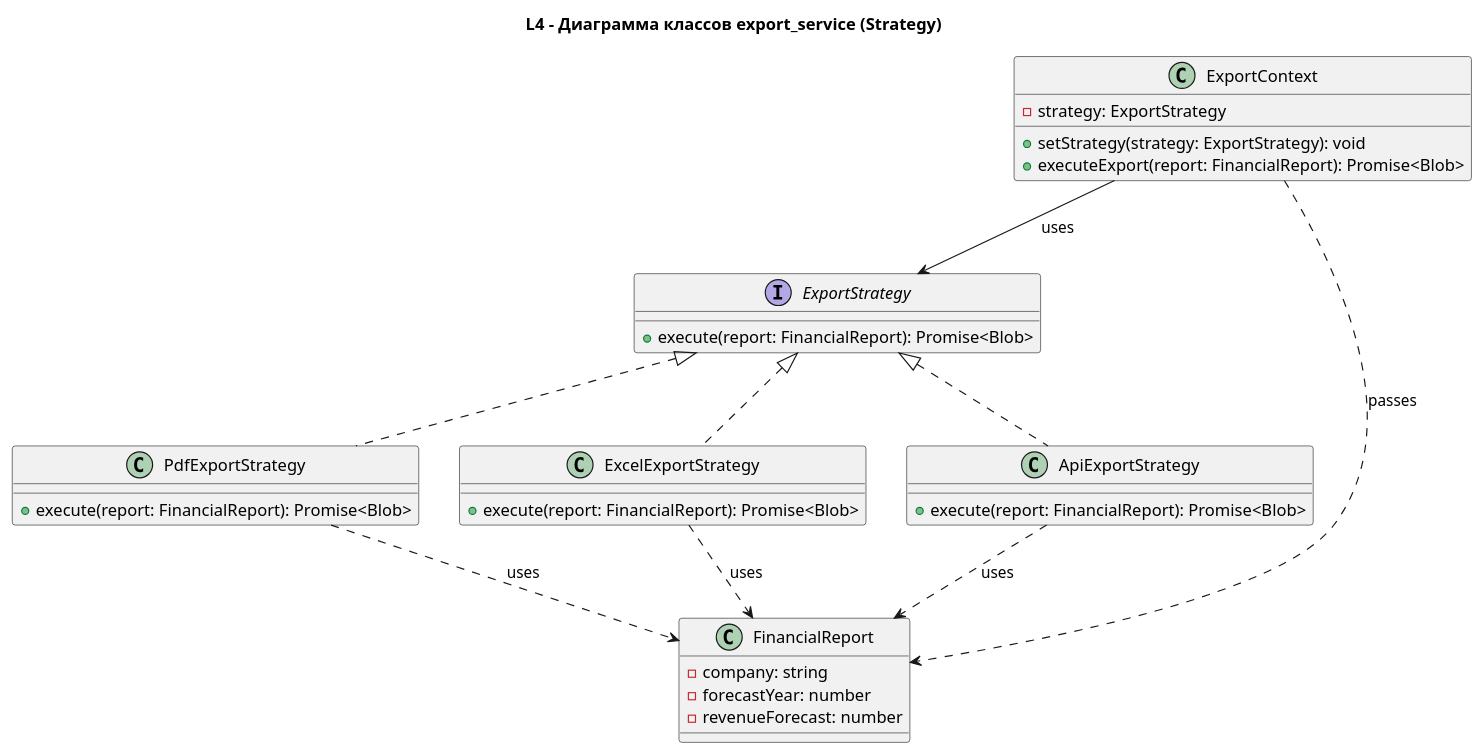
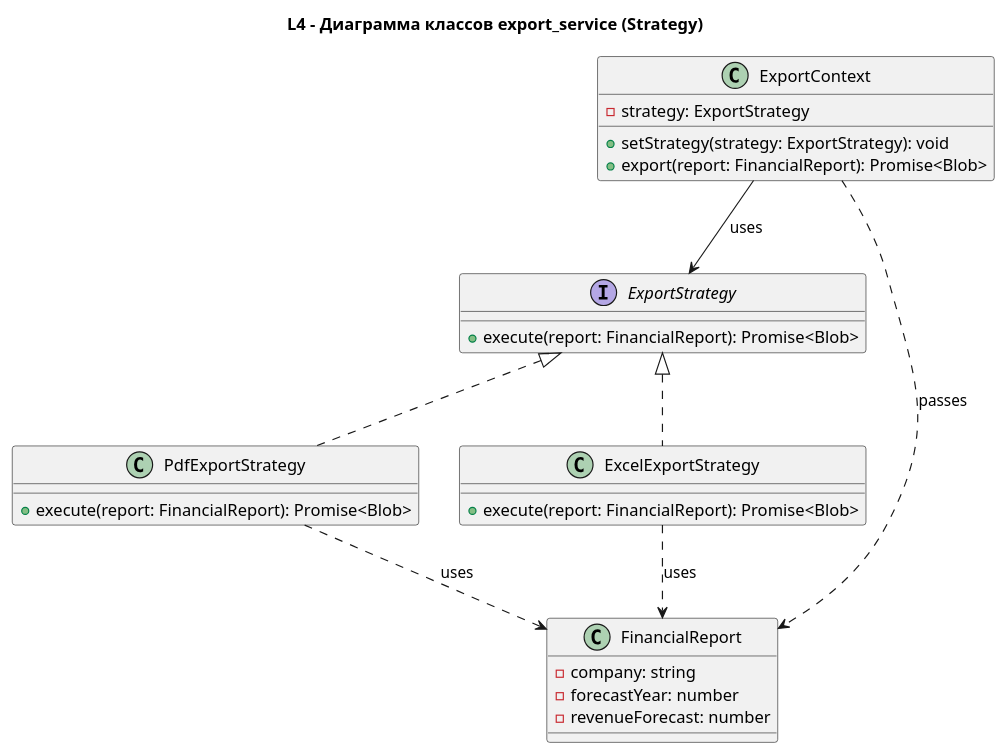
The diagram in src/L4-code/kate-export/export-classes.puml (Jjots/finance-forecast-app), drawn with PlantUML before and after one commit. The commit also changed 5 other files, not shown here.

Commit message:
fix: finalize class diagram according to tech spec

```diff
--- a/src/L4-code/kate-export/export-classes.puml
+++ b/src/L4-code/kate-export/export-classes.puml
@@ -1,44 +1,35 @@
 @startuml "Export Service Class Diagram"
 title L4 - Диаграмма классов export_service (Strategy)
 
 interface ExportStrategy {
   + execute(report: FinancialReport): Promise<Blob>
 }
 
 class PdfExportStrategy {
   + execute(report: FinancialReport): Promise<Blob>
 }
 
 class ExcelExportStrategy {
   + execute(report: FinancialReport): Promise<Blob>
 }
 
-' Этот класс можно добавить, если генерация переносится на FastAPI
-class ApiExportStrategy {
-  + execute(report: FinancialReport): Promise<Blob>
-}
-
 class FinancialReport {
   - company: string
   - forecastYear: number
   - revenueForecast: number
 }
 
 class ExportContext {
   - strategy: ExportStrategy
   + setStrategy(strategy: ExportStrategy): void
-  + executeExport(report: FinancialReport): Promise<Blob>
+  + export(report: FinancialReport): Promise<Blob>
 }
 
 ExportStrategy <|.. PdfExportStrategy
 ExportStrategy <|.. ExcelExportStrategy
-ExportStrategy <|.. ApiExportStrategy
 ExportContext --> ExportStrategy : uses
 ExportContext ..> FinancialReport : passes
 PdfExportStrategy ..> FinancialReport : uses
 ExcelExportStrategy ..> FinancialReport : uses
-ApiExportStrategy ..> FinancialReport : uses
-
-
 
 @enduml
```
